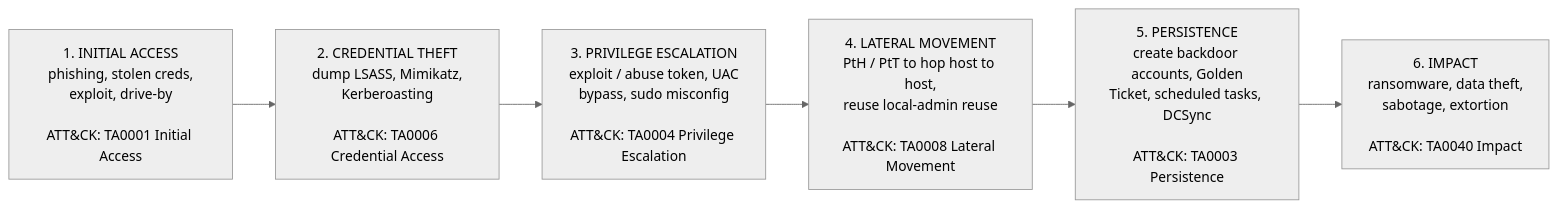
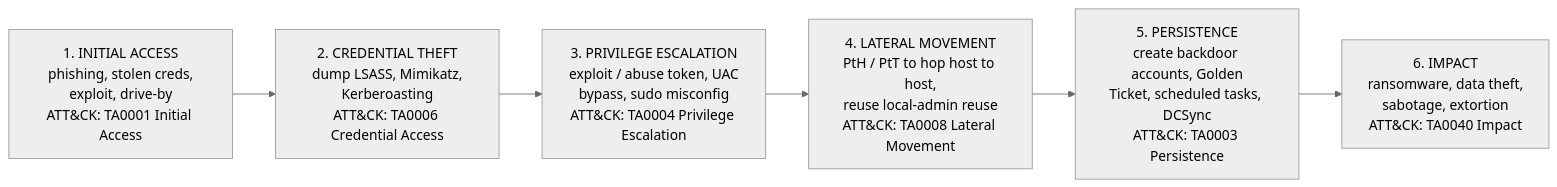
Before and after one commit to morandeirachema/WallixCerts: the first of 2 diagrams in foundations/pam-threat-landscape.md, drawn with Mermaid (neutral theme). The commit also changed other lines of this file and 37 other files, not shown here.

First line of the commit message:
Make Mermaid node boxes fit their text (wrap long labels) + enforce it

````diff
--- a/foundations/pam-threat-landscape.md
+++ b/foundations/pam-threat-landscape.md
@@ -55,10 +55,10 @@
 ```mermaid
 flowchart LR
-    S1["1. INITIAL ACCESS<br/>phishing, stolen creds,<br/>exploit, drive-by<br/><br/>ATT&CK: TA0001 Initial Access"]
-    S2["2. CREDENTIAL THEFT<br/>dump LSASS, Mimikatz,<br/>Kerberoasting<br/><br/>ATT&CK: TA0006 Credential Access"]
-    S3["3. PRIVILEGE ESCALATION<br/>exploit / abuse token, UAC<br/>bypass, sudo misconfig<br/><br/>ATT&CK: TA0004 Privilege Escalation"]
-    S4["4. LATERAL MOVEMENT<br/>PtH / PtT to hop host to host,<br/>reuse local-admin reuse<br/><br/>ATT&CK: TA0008 Lateral Movement"]
-    S5["5. PERSISTENCE<br/>create backdoor accounts, Golden<br/>Ticket, scheduled tasks, DCSync<br/><br/>ATT&CK: TA0003 Persistence"]
-    S6["6. IMPACT<br/>ransomware, data theft,<br/>sabotage, extortion<br/><br/>ATT&CK: TA0040 Impact"]
+    S1["1. INITIAL ACCESS<br/>phishing, stolen creds,<br/>exploit, drive-by<br/>ATT&CK: TA0001 Initial Access"]
+    S2["2. CREDENTIAL THEFT<br/>dump LSASS, Mimikatz,<br/>Kerberoasting<br/>ATT&CK: TA0006 Credential Access"]
+    S3["3. PRIVILEGE ESCALATION<br/>exploit / abuse token, UAC<br/>bypass, sudo misconfig<br/>ATT&CK: TA0004 Privilege Escalation"]
+    S4["4. LATERAL MOVEMENT<br/>PtH / PtT to hop host to host,<br/>reuse local-admin reuse<br/>ATT&CK: TA0008 Lateral Movement"]
+    S5["5. PERSISTENCE<br/>create backdoor accounts, Golden<br/>Ticket, scheduled tasks, DCSync<br/>ATT&CK: TA0003 Persistence"]
+    S6["6. IMPACT<br/>ransomware, data theft,<br/>sabotage, extortion<br/>ATT&CK: TA0040 Impact"]
     S1 --> S2 --> S3 --> S4 --> S5 --> S6
 ```
````
